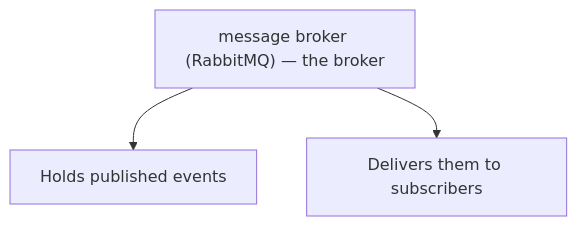
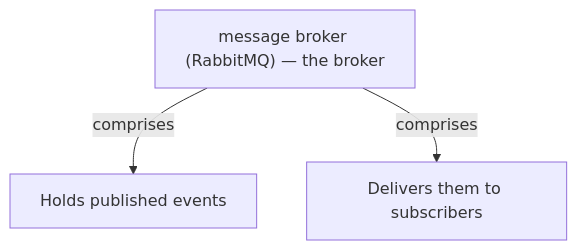
Before and after one commit to vinayakuber/microservices-io-study-guide: the eighth of 14 diagrams in docs/ch14-transactional-outbox.md, drawn with Mermaid. The commit also changed other lines of this file and 71 other files, not shown here.

First line of the commit message:
R18: label every diagram arrow with its meaning

````diff
--- a/docs/ch14-transactional-outbox.md
+++ b/docs/ch14-transactional-outbox.md
@@ -259,6 +259,6 @@
 ```mermaid
 flowchart TD
   R["message broker (RabbitMQ) — the broker"]
-  R --> P0["Holds published events"]
-  R --> P1["Delivers them to subscribers"]
+  R -->|"comprises"| P0["Holds published events"]
+  R -->|"comprises"| P1["Delivers them to subscribers"]
 ```
````
